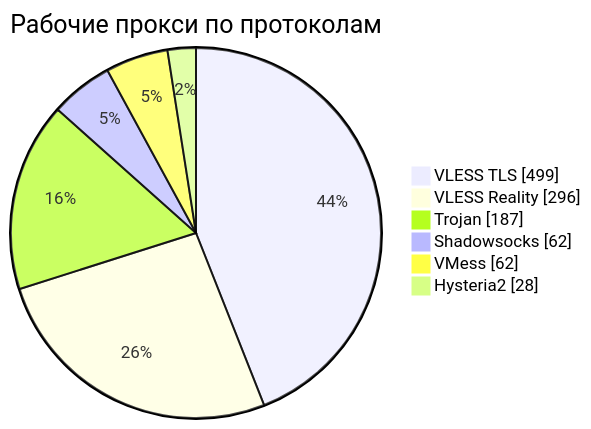
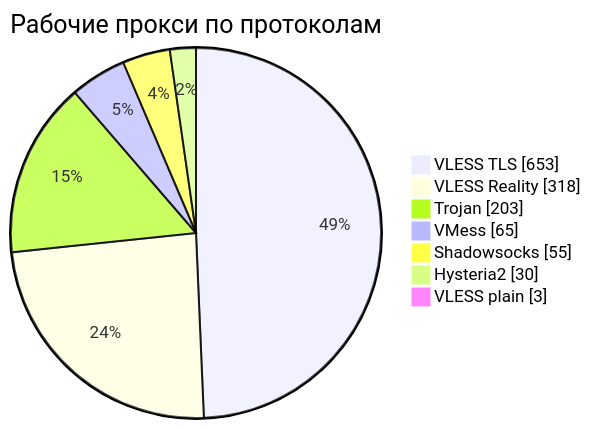
Before and after one commit to rvvg/proxy-subs: the third of 4 diagrams in README.md, drawn with Mermaid. The commit also changed other lines of this file and 53 other files, not shown here.

````diff
--- a/README.md
+++ b/README.md
@@ -144,10 +142,11 @@
 ```mermaid
 pie showData
     title Рабочие прокси по протоколам
-    "VLESS TLS" : 499
-    "VLESS Reality" : 296
-    "Trojan" : 187
-    "Shadowsocks" : 62
-    "VMess" : 62
-    "Hysteria2" : 28
+    "VLESS TLS" : 653
+    "VLESS Reality" : 318
+    "Trojan" : 203
+    "VMess" : 65
+    "Shadowsocks" : 55
+    "Hysteria2" : 30
+    "VLESS plain" : 3
 ```
````
